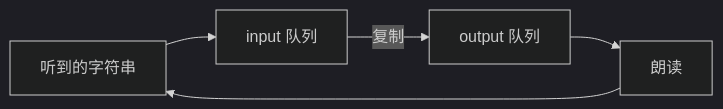
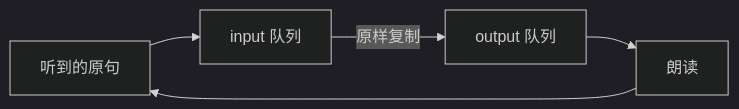
The diagram in Docs/Lab2/dipper.md (GU-CLASP/dialogue-systems-2-2026), drawn with Mermaid (dark theme) before and after one commit. The commit also changed other lines of this file and 11 other files, not shown here.

````diff
--- a/Docs/Lab2/dipper.md
+++ b/Docs/Lab2/dipper.md
@@ -65,7 +71,7 @@
 ```mermaid
 flowchart LR
-  heard[听到的字符串] --> inputQ[input 队列]
-  inputQ -->|复制| outputQ[output 队列]
+  heard[听到的原句] --> inputQ[input 队列]
+  inputQ -->|原样复制| outputQ[output 队列]
   outputQ --> speak[朗读]
   speak --> heard
 ```
````
